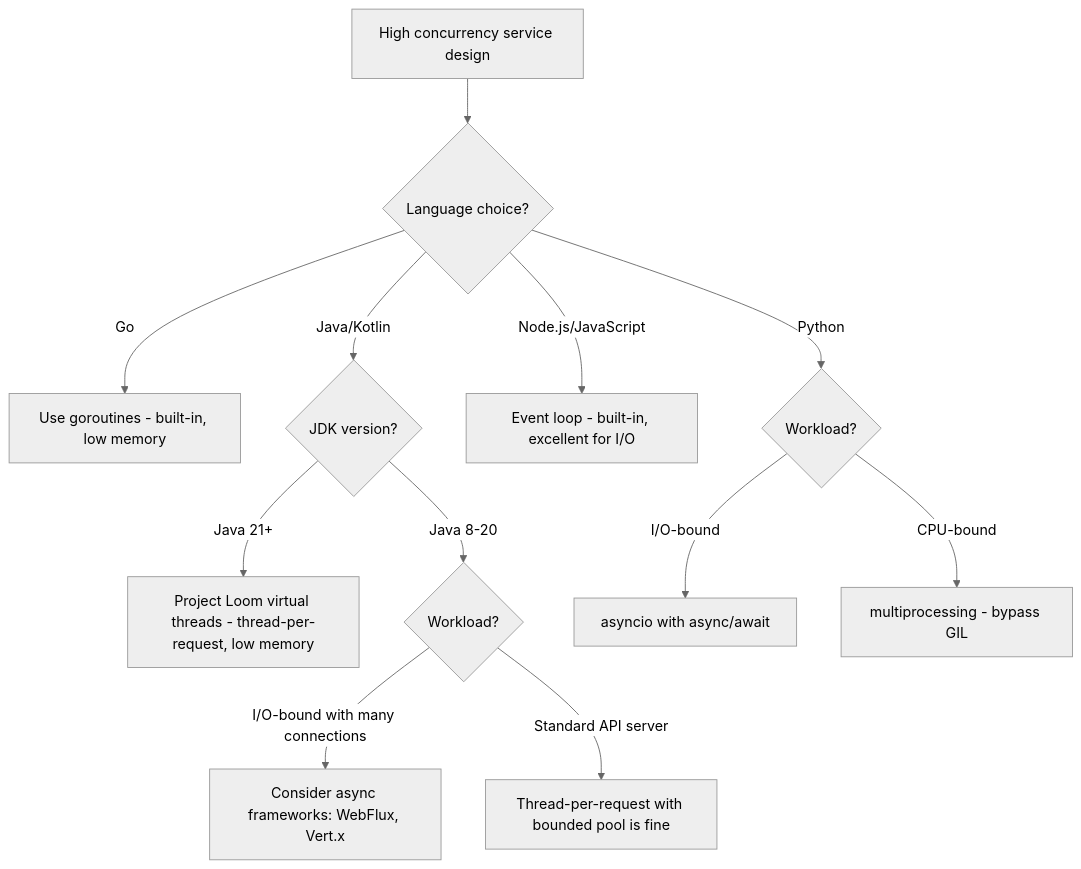
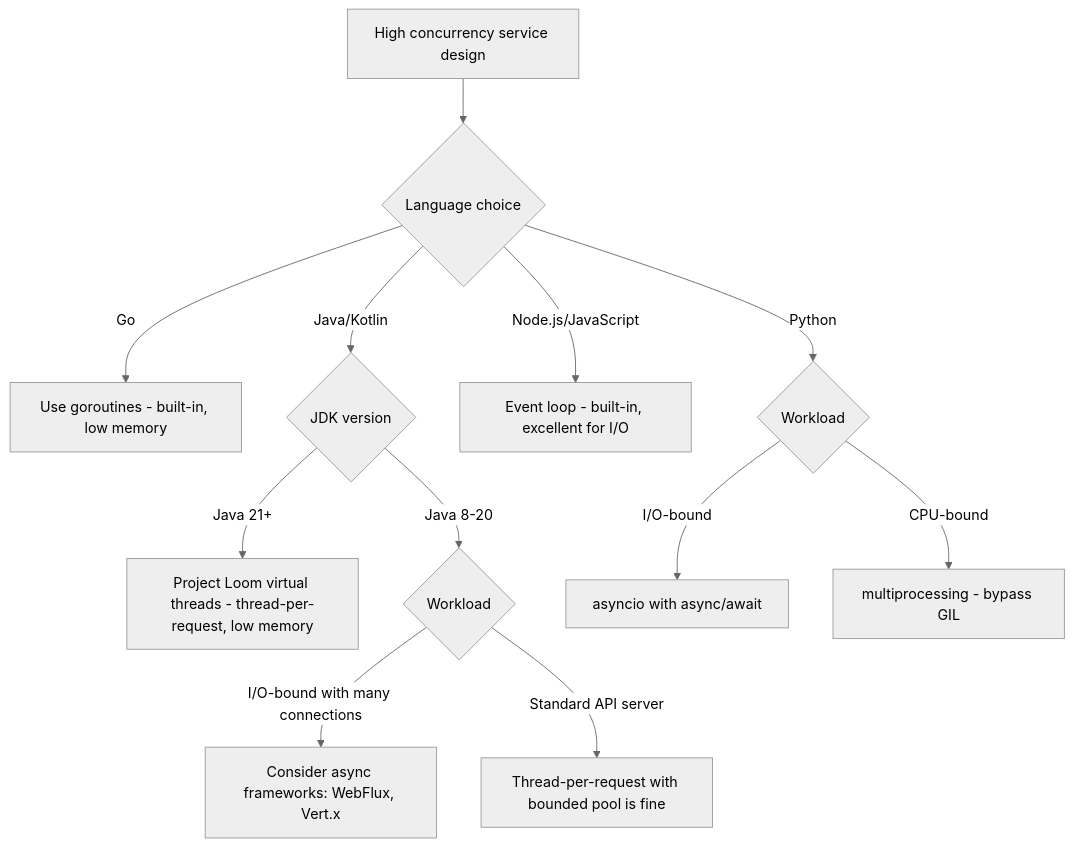
One commit to ranjeetnegi/System-Design-for-Staff-SWE changed the fifth of 13 diagrams in Section0/Chapter_3_OS_Fundamentals.md. Above: the diagram before and after it, drawn with Mermaid (neutral theme). The commit also changed other lines of this file and 11 other files, not shown here.

````diff
--- a/Section0/Chapter_3_OS_Fundamentals.md
+++ b/Section0/Chapter_3_OS_Fundamentals.md
@@ -437,14 +437,14 @@
 ```mermaid
 graph TD
-    A[High concurrency service design] --> B{Language choice?}
+    A[High concurrency service design] --> B{Language choice }
     B -- Go --> C[Use goroutines - built-in, low memory]
-    B -- Java/Kotlin --> D{JDK version?}
+    B -- Java/Kotlin --> D{JDK version }
     D -- Java 21+ --> E[Project Loom virtual threads - thread-per-request, low memory]
-    D -- Java 8-20 --> F{Workload?}
+    D -- Java 8-20 --> F{Workload }
     F -- I/O-bound with many connections --> G[Consider async frameworks: WebFlux, Vert.x]
     F -- Standard API server --> H[Thread-per-request with bounded pool is fine]
     B -- Node.js/JavaScript --> I[Event loop - built-in, excellent for I/O]
-    B -- Python --> J{Workload?}
+    B -- Python --> J{Workload }
     J -- I/O-bound --> K[asyncio with async/await]
     J -- CPU-bound --> L[multiprocessing - bypass GIL]
 ```
````
